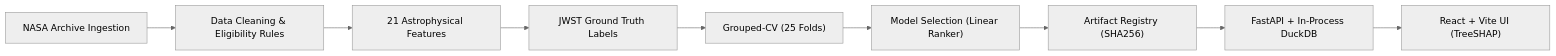
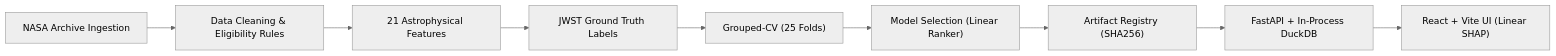
Before and after one commit to Souvik-Mukherjee58/exoplant-project: the diagram in README.md, drawn with Mermaid (neutral theme). The commit also changed other lines of this file and 112 other files, not shown here.

````diff
--- a/README.md
+++ b/README.md
@@ -28,11 +29,11 @@
 ```mermaid
 flowchart LR
     A["NASA Archive Ingestion"] --> B["Data Cleaning & Eligibility Rules"]
     B --> C["21 Astrophysical Features"]
     C --> D["JWST Ground Truth Labels"]
     D --> E["Grouped-CV (25 Folds)"]
     E --> F["Model Selection (Linear Ranker)"]
     F --> G["Artifact Registry (SHA256)"]
     G --> H["FastAPI + In-Process DuckDB"]
-    H --> I["React + Vite UI (TreeSHAP)"]
+    H --> I["React + Vite UI (Linear SHAP)"]
 ```
````
